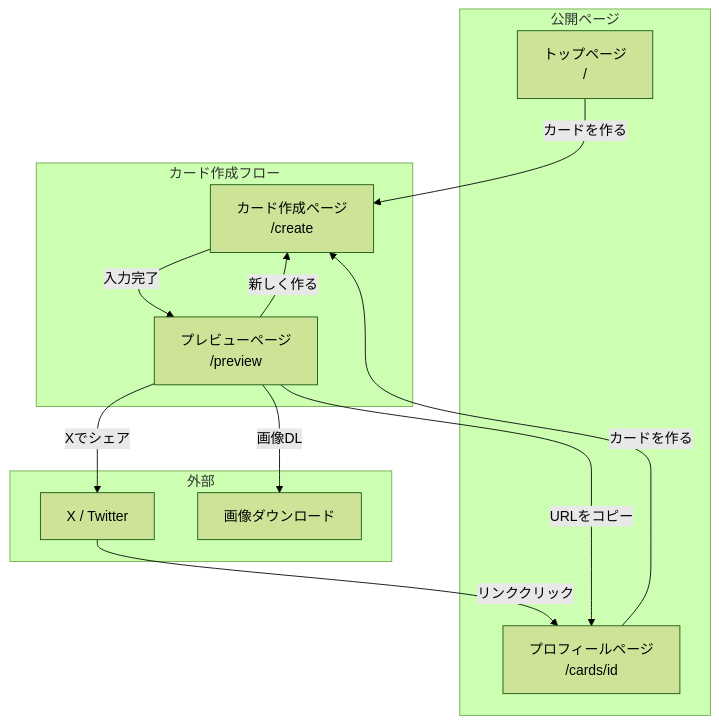
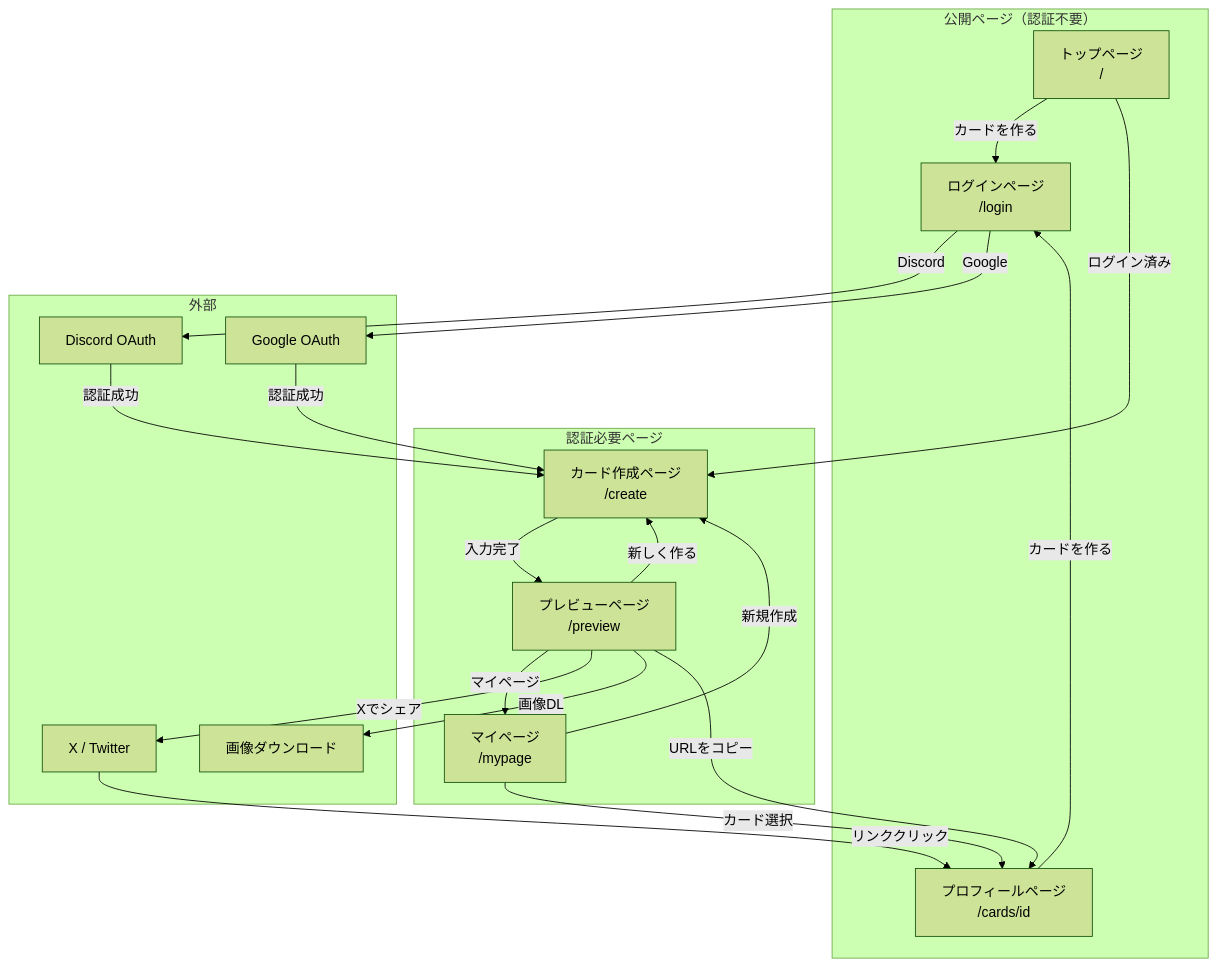
One commit to machina-gg/gg-profile changed the diagram in docs/SCREEN.md. Above: the diagram before and after it, drawn with Mermaid (forest theme). The commit also changed other lines of this file and 4 other files, not shown here.

````diff
--- a/docs/SCREEN.md
+++ b/docs/SCREEN.md
@@ -14,26 +16,38 @@
 ```mermaid
 flowchart TB
-    subgraph Public ["公開ページ"]
+    subgraph Public ["公開ページ（認証不要）"]
         TOP[トップページ<br>/]
+        LOGIN[ログインページ<br>/login]
         PROFILE[プロフィールページ<br>/cards/id]
     end
 
-    subgraph CreateFlow ["カード作成フロー"]
+    subgraph Auth ["認証必要ページ"]
         CREATE[カード作成ページ<br>/create]
         PREVIEW[プレビューページ<br>/preview]
+        MYPAGE[マイページ<br>/mypage]
     end
 
     subgraph External ["外部"]
+        DISCORD[Discord OAuth]
+        GOOGLE[Google OAuth]
         X[X / Twitter]
         DOWNLOAD[画像ダウンロード]
     end
 
-    TOP -->|カードを作る| CREATE
+    TOP -->|カードを作る| LOGIN
+    TOP -->|ログイン済み| CREATE
+    LOGIN -->|Discord| DISCORD
+    LOGIN -->|Google| GOOGLE
+    DISCORD -->|認証成功| CREATE
+    GOOGLE -->|認証成功| CREATE
     CREATE -->|入力完了| PREVIEW
     PREVIEW -->|新しく作る| CREATE
+    PREVIEW -->|マイページ| MYPAGE
     PREVIEW -->|Xでシェア| X
     PREVIEW -->|画像DL| DOWNLOAD
     PREVIEW -->|URLをコピー| PROFILE
+    MYPAGE -->|カード選択| PROFILE
+    MYPAGE -->|新規作成| CREATE
     X -->|リンククリック| PROFILE
-    PROFILE -->|カードを作る| CREATE
+    PROFILE -->|カードを作る| LOGIN
 ```
````
